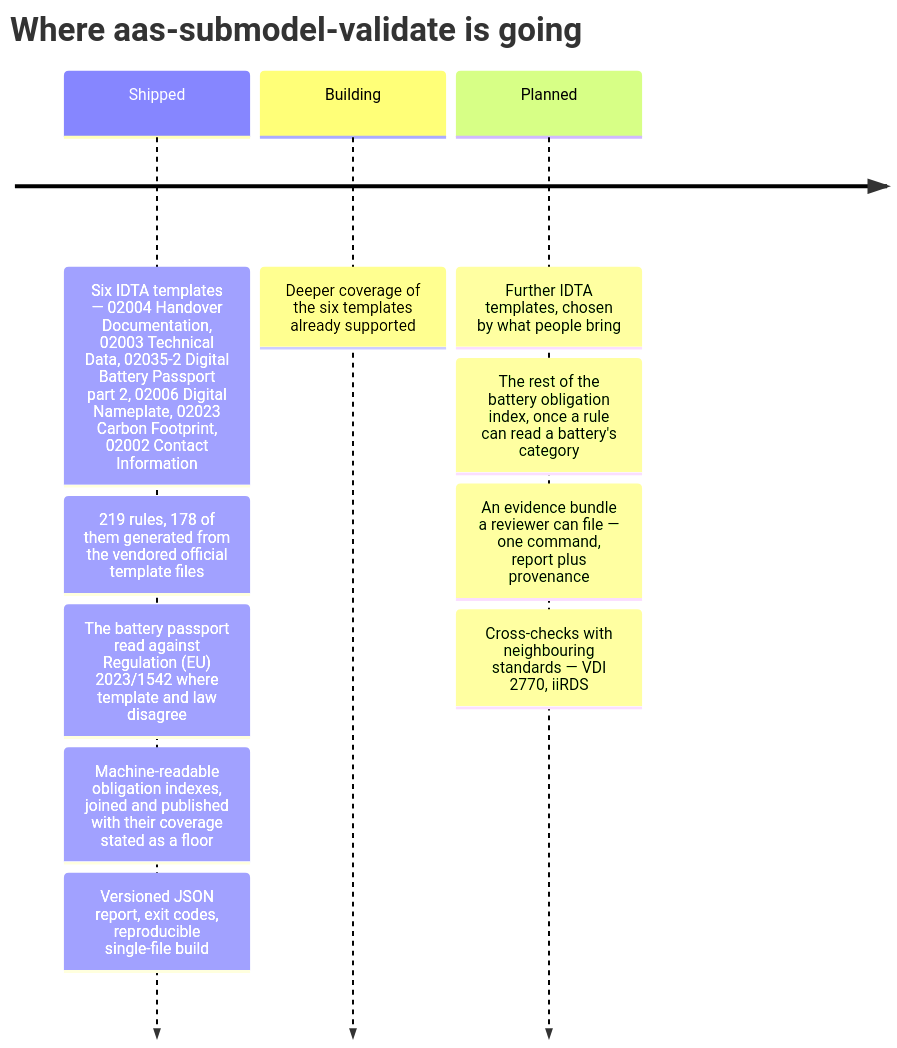
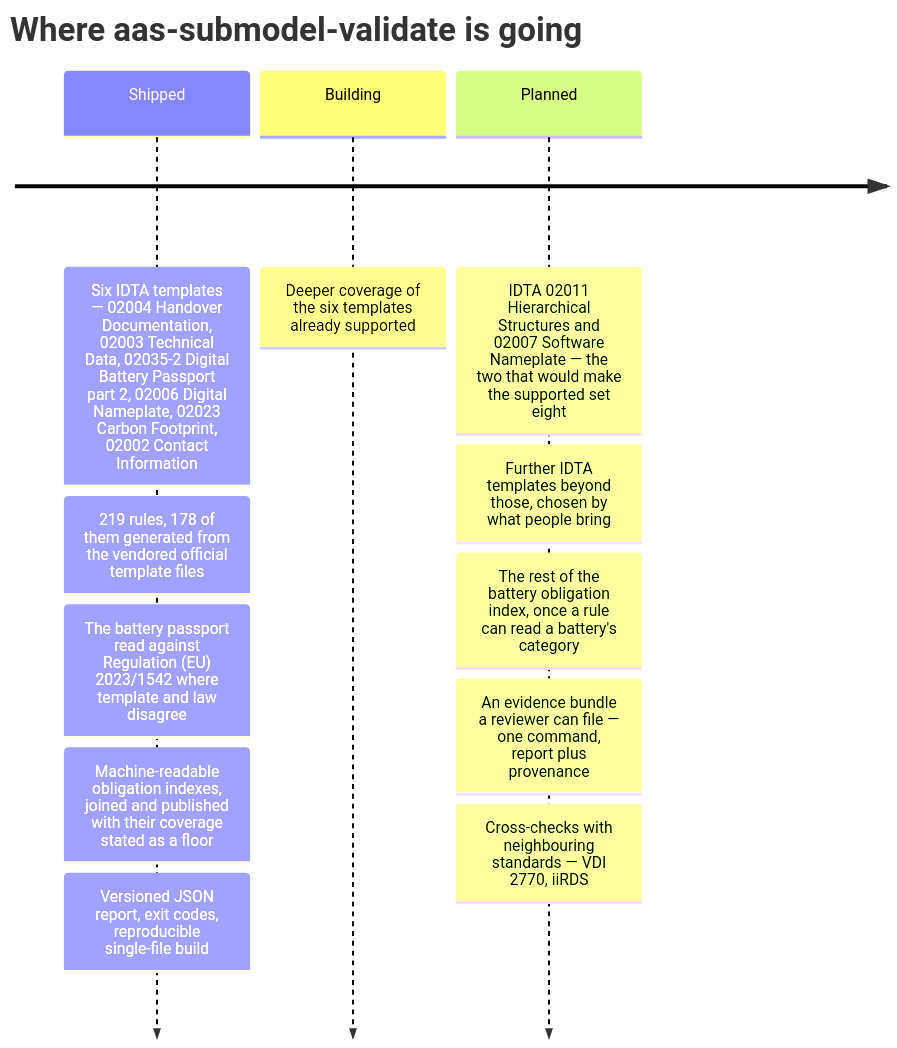
One commit to dev365code/aas-submodel-validate changed the second of 2 diagrams in README.md. Above: the diagram before and after it, drawn with Mermaid. The commit also changed other lines of this file and 6 other files, not shown here.

````diff
--- a/README.md
+++ b/README.md
@@ -268,14 +270,15 @@
 ```mermaid
 timeline
     title Where aas-submodel-validate is going
     Shipped : Six IDTA templates — 02004 Handover Documentation, 02003 Technical Data, 02035-2 Digital Battery Passport part 2, 02006 Digital Nameplate, 02023 Carbon Footprint, 02002 Contact Information
             : 219 rules, 178 of them generated from the vendored official template files
             : The battery passport read against Regulation (EU) 2023/1542 where template and law disagree
             : Machine-readable obligation indexes, joined and published with their coverage stated as a floor
             : Versioned JSON report, exit codes, reproducible single-file build
     Building : Deeper coverage of the six templates already supported
-    Planned : Further IDTA templates, chosen by what people bring
+    Planned : IDTA 02011 Hierarchical Structures and 02007 Software Nameplate — the two that would make the supported set eight
+            : Further IDTA templates beyond those, chosen by what people bring
             : The rest of the battery obligation index, once a rule can read a battery's category
             : An evidence bundle a reviewer can file — one command, report plus provenance
             : Cross-checks with neighbouring standards — VDI 2770, iiRDS
 ```
````
